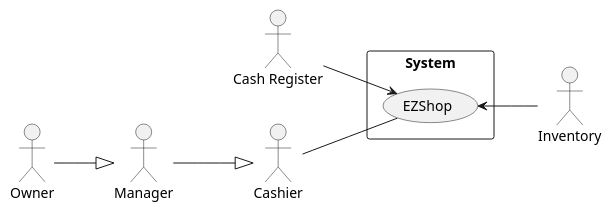
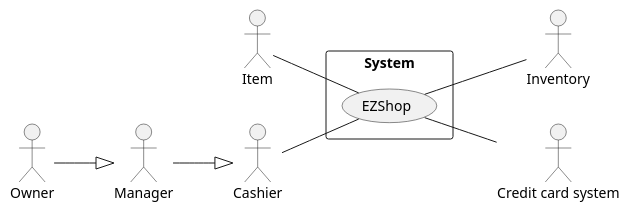
The first of 5 diagrams in Deliverables/RequirementsDocument.md (mspronesti/ezshop), drawn with PlantUML before and after one commit. The commit also changed other lines of this file, not shown here.

````diff
--- a/Deliverables/RequirementsDocument.md
+++ b/Deliverables/RequirementsDocument.md
@@ -54,28 +55,28 @@
 ```plantuml
 @startuml
 skinparam packageStyle rectangle
 left to right direction
 
 
 actor :Manager: as m
 actor :Owner: as o
-actor :Cash Register: as cr
+actor :Item: as i
 actor :Inventory: as iv
 actor Cashier as c
-
+actor :Credit card system: as ccs
 
 m --|> c
 o --|> m
 
 rectangle System{
 (EZShop) as ez	
 
-cr --> ez 
-ez <-- iv
+i -- ez 
+ez -- iv
 c -- ez
-
+ez -- ccs
 
 }
 
 @enduml
 ```
````
